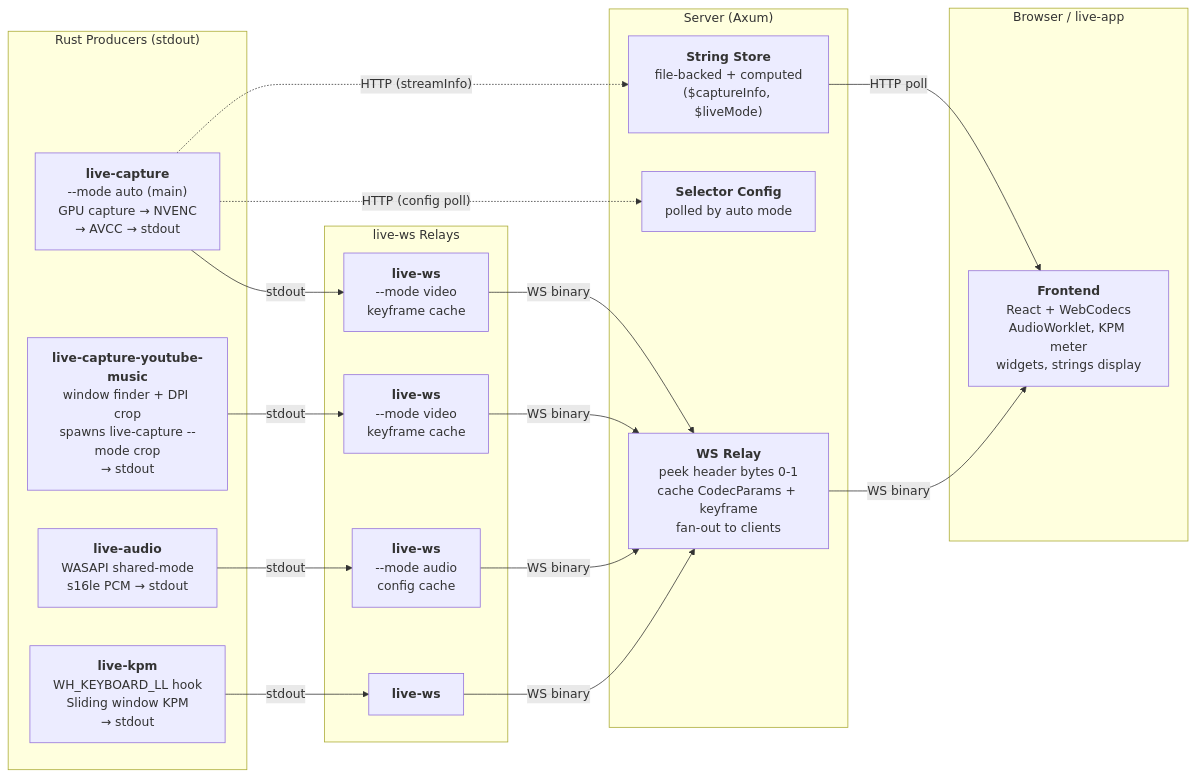
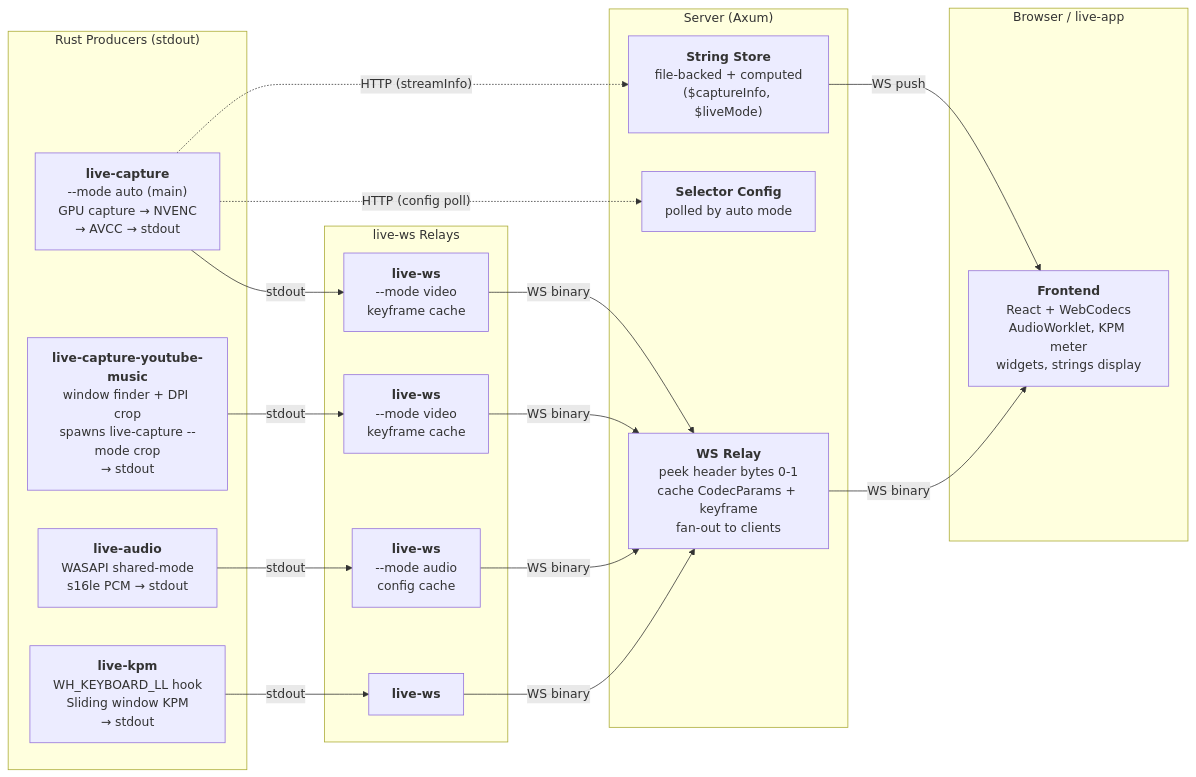
One commit to NekomaruQwQ/Nekomaru-LiveUI changed the diagram in docs/README.md. Above: the diagram before and after it, drawn with Mermaid. The commit also changed other lines of this file and 4 other files, not shown here.

Commit message:
Switch string store from HTTP polling to WebSocket server-push

````diff
--- a/docs/README.md
+++ b/docs/README.md
@@ -63,42 +63,42 @@
 ```mermaid
 graph LR
     subgraph producers["Rust Producers (stdout)"]
         capture_auto["<b>live-capture</b><br/>--mode auto (main)<br/>GPU capture → NVENC<br/>→ AVCC → stdout"]
         capture_youtube_music["<b>live-capture-youtube-music</b><br/>window finder + DPI crop<br/>spawns live-capture --mode crop<br/>→ stdout"]
         audio["<b>live-audio</b><br/>WASAPI shared-mode<br/>s16le PCM → stdout"]
         kpm["<b>live-kpm</b><br/>WH_KEYBOARD_LL hook<br/>Sliding window KPM<br/>→ stdout"]
     end
 
     subgraph relays["live-ws Relays"]
         ws_main["<b>live-ws</b><br/>--mode video<br/>keyframe cache"]
         ws_youtube_music["<b>live-ws</b><br/>--mode video<br/>keyframe cache"]
         ws_audio["<b>live-ws</b><br/>--mode audio<br/>config cache"]
         ws_kpm["<b>live-ws</b>"]
     end
 
     subgraph server["Server (Axum)"]
         relay["<b>WS Relay</b><br/>peek header bytes 0-1<br/>cache CodecParams + keyframe<br/>fan-out to clients"]
         strings["<b>String Store</b><br/>file-backed + computed<br/>($captureInfo, $liveMode)"]
         config["<b>Selector Config</b><br/>polled by auto mode"]
     end
 
     subgraph frontend["Browser / live-app"]
         viewer["<b>Frontend</b><br/>React + WebCodecs<br/>AudioWorklet, KPM meter<br/>widgets, strings display"]
     end
 
     capture_auto -- "stdout" --> ws_main
     capture_youtube_music -- "stdout" --> ws_youtube_music
     audio -- "stdout" --> ws_audio
     kpm -- "stdout" --> ws_kpm
 
     ws_main -- "WS binary" --> relay
     ws_youtube_music -- "WS binary" --> relay
     ws_audio -- "WS binary" --> relay
     ws_kpm -- "WS binary" --> relay
 
     capture_auto -. "HTTP (config poll)" .-> config
     capture_auto -. "HTTP (streamInfo)" .-> strings
 
     relay -- "WS binary" --> viewer
-    strings -- "HTTP poll" --> viewer
+    strings -- "WS push" --> viewer
 ```
````
